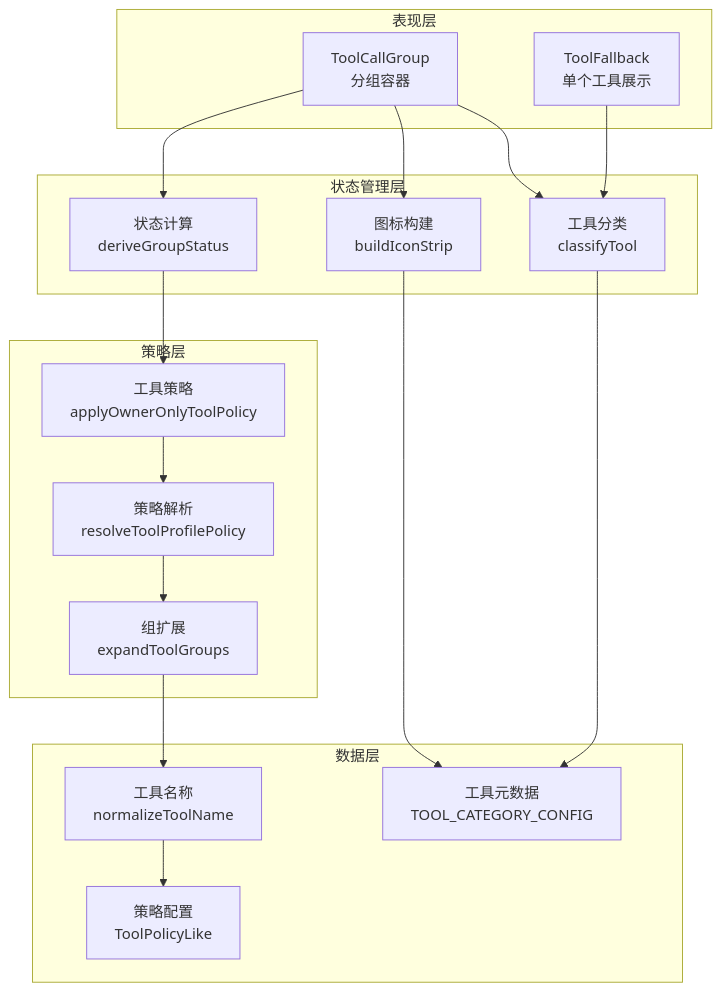
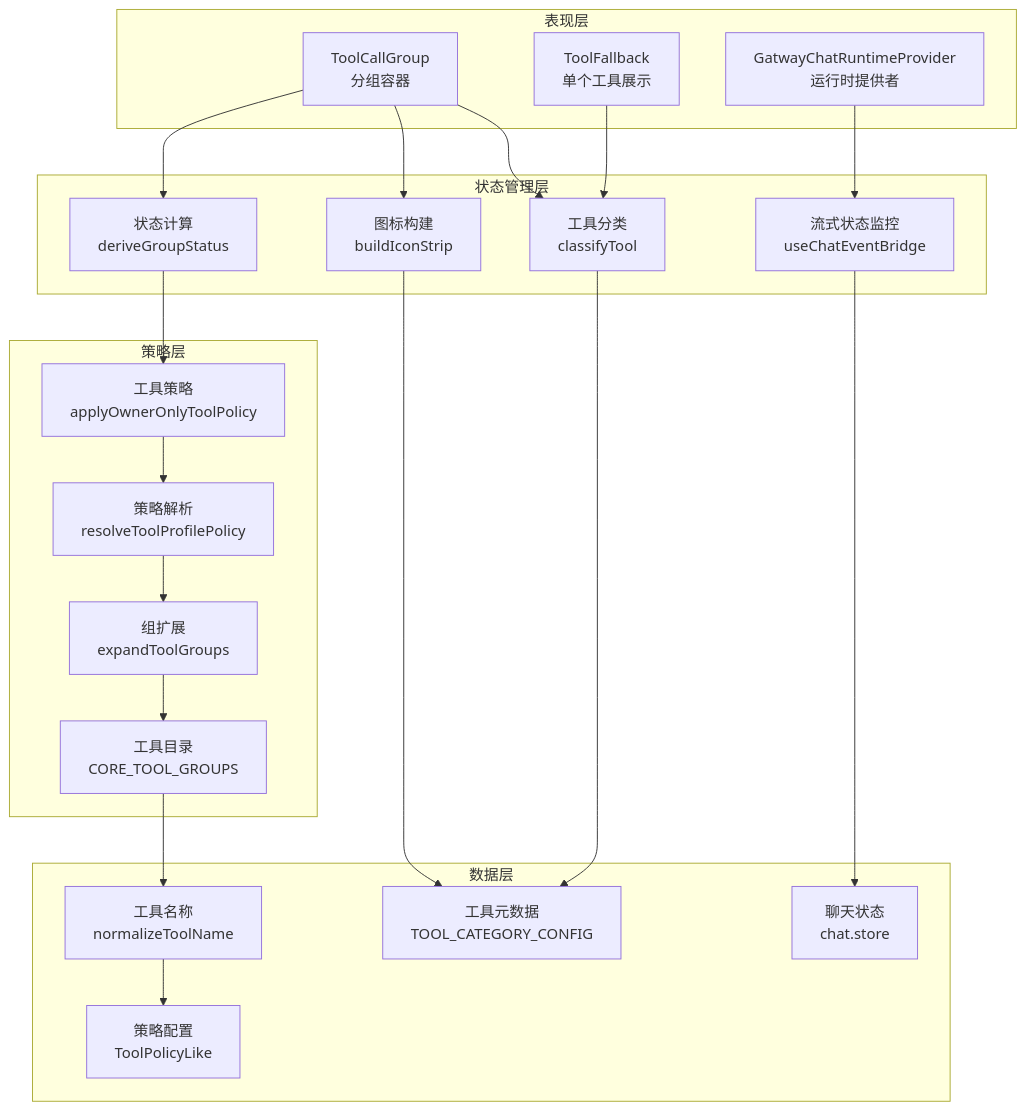
One commit to verse-ai-org/openclaw changed the second of 9 diagrams in .qoder/repowiki/zh/content/Web界面/UI组件系统/工具调用分组组件.md. Above: the diagram before and after it, drawn with Mermaid. The commit also changed other lines of this file and 23 other files, not shown here.

````diff
--- a/.qoder/repowiki/zh/content/Web界面/UI组件系统/工具调用分组组件.md
+++ b/.qoder/repowiki/zh/content/Web界面/UI组件系统/工具调用分组组件.md
@@ -98,33 +139,40 @@
 ```mermaid
 graph TD
 subgraph "表现层"
 A[ToolCallGroup<br/>分组容器]
 B[ToolFallback<br/>单个工具展示]
+C[GatwayChatRuntimeProvider<br/>运行时提供者]
 end
 subgraph "状态管理层"
-C[状态计算<br/>deriveGroupStatus]
-D[图标构建<br/>buildIconStrip]
-E[工具分类<br/>classifyTool]
+D[状态计算<br/>deriveGroupStatus]
+E[图标构建<br/>buildIconStrip]
+F[工具分类<br/>classifyTool]
+G[流式状态监控<br/>useChatEventBridge]
 end
 subgraph "策略层"
-F[工具策略<br/>applyOwnerOnlyToolPolicy]
-G[策略解析<br/>resolveToolProfilePolicy]
-H[组扩展<br/>expandToolGroups]
+H[工具策略<br/>applyOwnerOnlyToolPolicy]
+I[策略解析<br/>resolveToolProfilePolicy]
+J[组扩展<br/>expandToolGroups]
+K[工具目录<br/>CORE_TOOL_GROUPS]
 end
 subgraph "数据层"
-I[工具元数据<br/>TOOL_CATEGORY_CONFIG]
-J[工具名称<br/>normalizeToolName]
-K[策略配置<br/>ToolPolicyLike]
+L[工具元数据<br/>TOOL_CATEGORY_CONFIG]
+M[工具名称<br/>normalizeToolName]
+N[策略配置<br/>ToolPolicyLike]
+O[聊天状态<br/>chat.store]
 end
-A --> C
 A --> D
 A --> E
-B --> E
-C --> F
-D --> I
-E --> I
-F --> G
-G --> H
-H --> J
+A --> F
+B --> F
+C --> G
+D --> H
+E --> L
+F --> L
+H --> I
+I --> J
 J --> K
+K --> M
+M --> N
+G --> O
 ```
````
